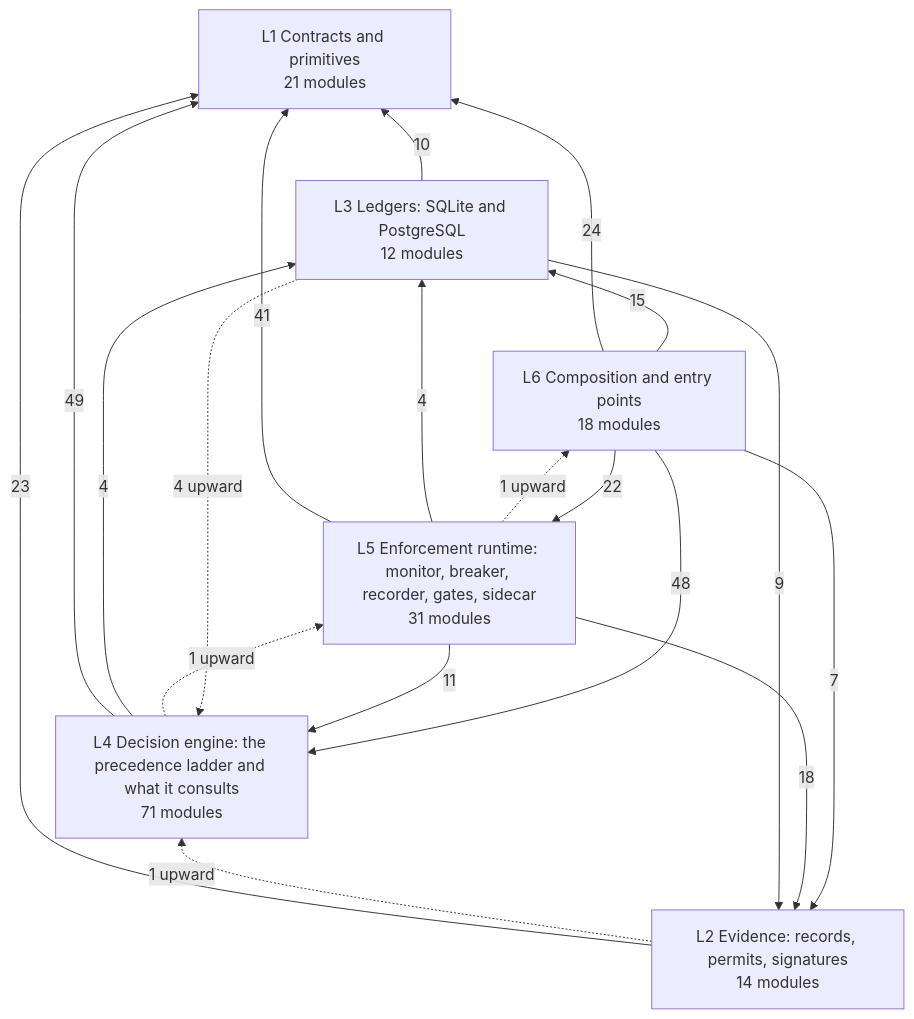
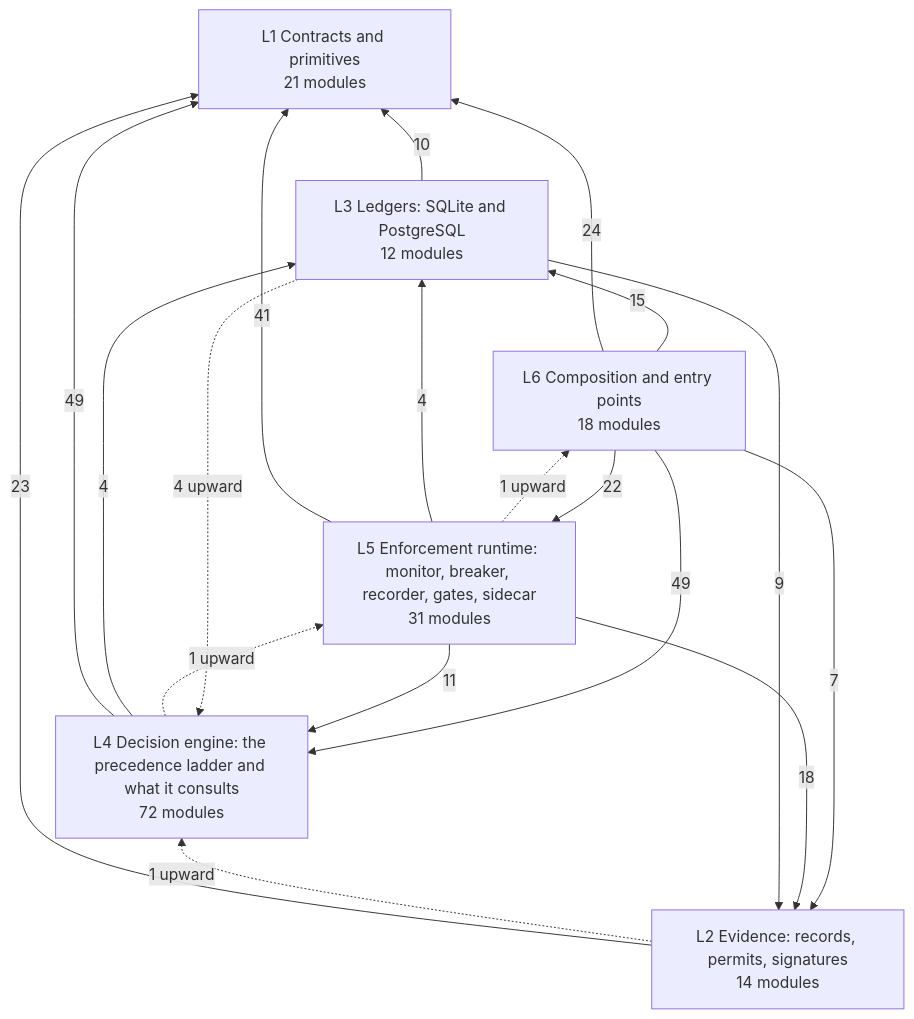
One commit to LOLA0786/privatevault-agent-dna changed the diagram in docs/architecture/DEPENDENCIES.md. Above: the diagram before and after it, drawn with Mermaid. The commit also changed other lines of this file and 22 other files, not shown here.

````diff
--- a/docs/architecture/DEPENDENCIES.md
+++ b/docs/architecture/DEPENDENCIES.md
@@ -12,27 +12,27 @@
 ```mermaid
 flowchart BT
   L1["L1 Contracts and primitives<br/>21 modules"]
   L2["L2 Evidence: records, permits, signatures<br/>14 modules"]
   L3["L3 Ledgers: SQLite and PostgreSQL<br/>12 modules"]
-  L4["L4 Decision engine: the precedence ladder and what it consults<br/>71 modules"]
+  L4["L4 Decision engine: the precedence ladder and what it consults<br/>72 modules"]
   L5["L5 Enforcement runtime: monitor, breaker, recorder, gates, sidecar<br/>31 modules"]
   L6["L6 Composition and entry points<br/>18 modules"]
   L2 -->|23| L1
   L3 -->|10| L1
   L3 -->|9| L2
   L4 -->|49| L1
   L4 -->|4| L3
   L5 -->|41| L1
   L5 -->|18| L2
   L5 -->|4| L3
   L5 -->|11| L4
   L6 -->|24| L1
   L6 -->|7| L2
   L6 -->|15| L3
-  L6 -->|48| L4
+  L6 -->|49| L4
   L6 -->|22| L5
   L2 -.->|1 upward| L4
   L3 -.->|4 upward| L4
   L4 -.->|1 upward| L5
   L5 -.->|1 upward| L6
 ```
````
